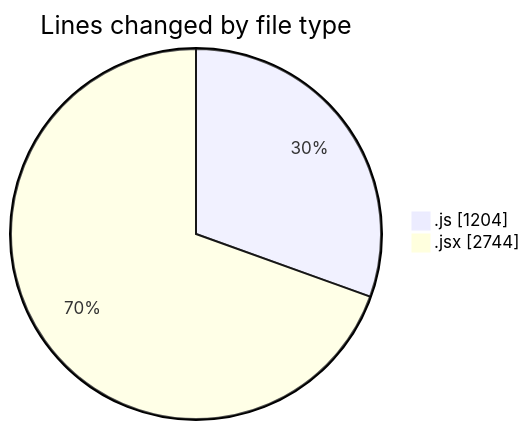
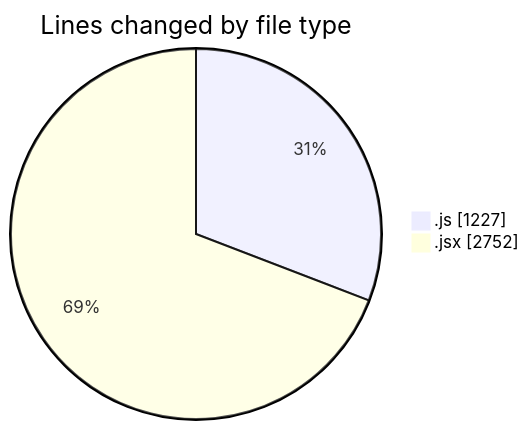
One commit to nxtqubesakshisongat/code-tracking changed the first of 2 diagrams in 2025-12-31/nxtqube_webapp/README.md. Above: the diagram before and after it, drawn with Mermaid. The commit also changed other lines of this file and 1 other file, not shown here.

````diff
--- a/2025-12-31/nxtqube_webapp/README.md
+++ b/2025-12-31/nxtqube_webapp/README.md
@@ -27,6 +27,6 @@
 ```mermaid
 pie showData
 title Lines changed by file type
-".js" : 1204
-".jsx" : 2744
+".js" : 1227
+".jsx" : 2752
 ```
````
